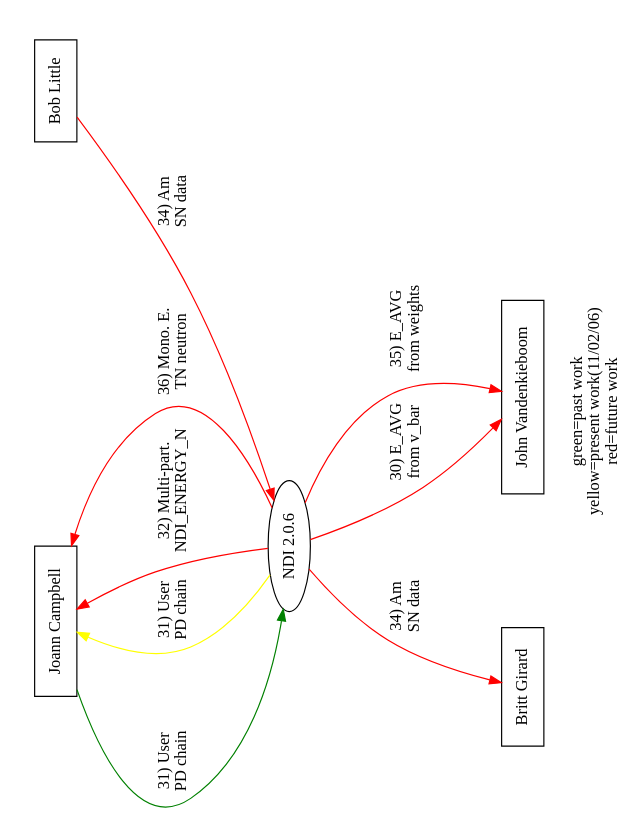
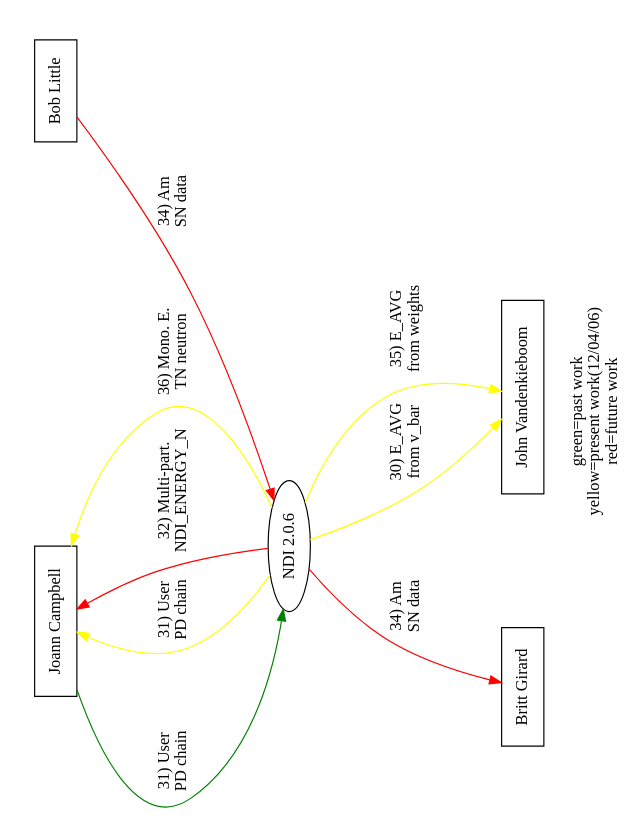
The diagram in doc/reqt/context_2.0.6.dot (lanl/ndi), drawn with Graphviz before and after one commit. The commit also changed 3 other files, not shown here.

```diff
--- a/doc/reqt/context_2.0.6.dot
+++ b/doc/reqt/context_2.0.6.dot
@@ -1,28 +1,28 @@
 digraph ndi {
 	rotate=90;
 	page="8.5, 11";
 	size="9, 6.5";
 	center=1;
 	ratio=fill;	
-	label="green=past work\nyellow=present work(11/02/06)\nred=future work";
+	label="green=past work\nyellow=present work(12/04/06)\nred=future work";
 	node[shape="box"];
 
 	/* stakeholders */
 	jomc[label="Joann Campbell"];
 	rcl[label="Bob Little"];
 	bag[label="Britt Girard"];
 	boom[label="John Vandenkieboom"];
 
 	/* project */
 	ndi[label="NDI 2.0.6", shape="ellipse"];
 	
-	ndi -> boom[label="30) E_AVG\nfrom v_bar", color=red];
+	ndi -> boom[label="30) E_AVG\nfrom v_bar", color=yellow];
 	jomc -> ndi[label="31) User\nPD chain", color=green];
 	ndi -> jomc[label="31) User\nPD chain", color=yellow];
 	ndi -> jomc[label="32) Multi-part.\n NDI_ENERGY_N", color=red];
 	ndi -> bag[label="34) Am\nSN data", color=red];
 	rcl -> ndi[label="34) Am\nSN data", color=red];
-	ndi -> boom[label="35) E_AVG\nfrom weights", color=red];
-	ndi -> jomc[label="36) Mono. E.\nTN neutron", color=red];
+	ndi -> boom[label="35) E_AVG\nfrom weights", color=yellow];
+	ndi -> jomc[label="36) Mono. E.\nTN neutron", color=yellow];
 
 }
```
